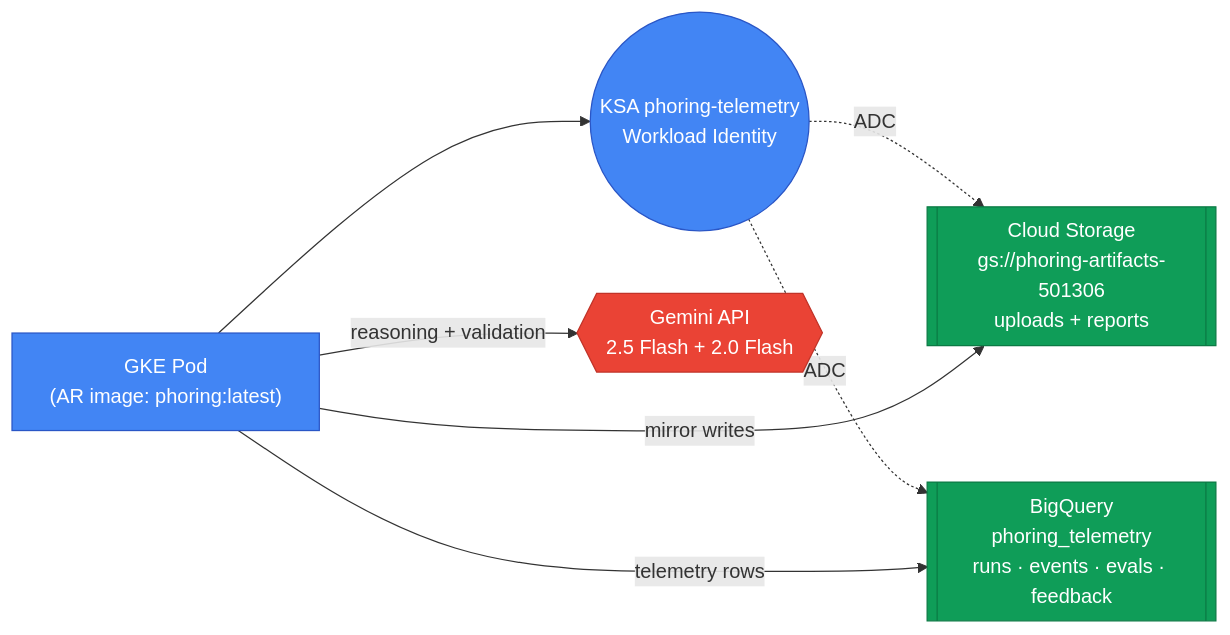
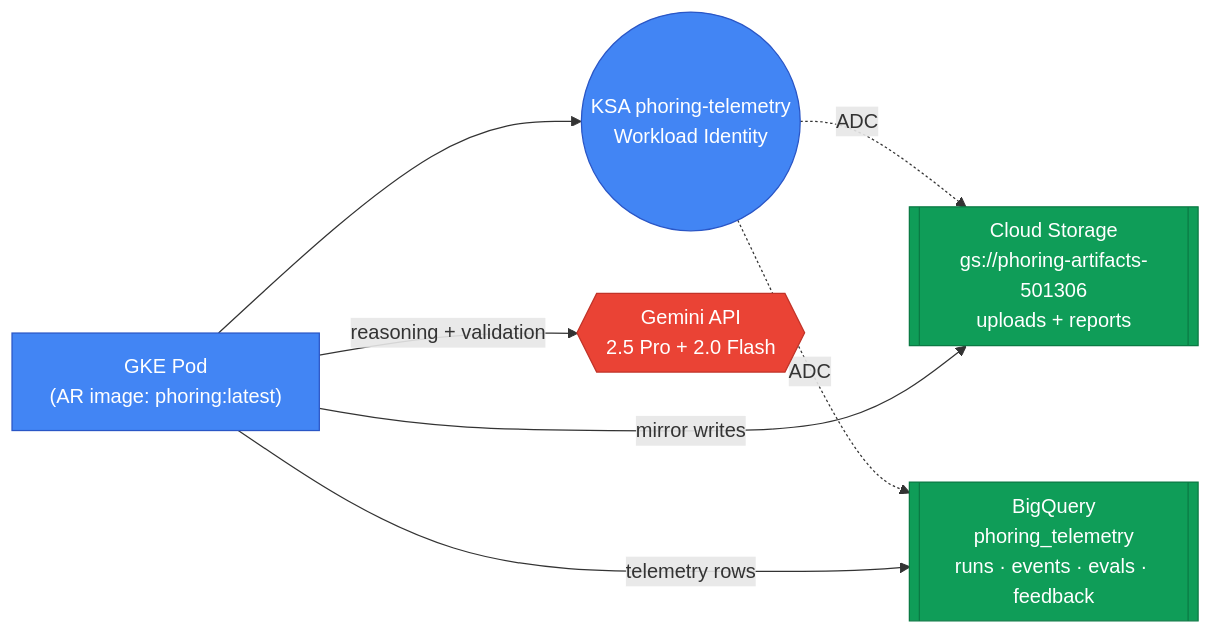
The first of 3 diagrams in README.md (inbharatai/phoring), drawn with Mermaid before and after one commit. The commit also changed other lines of this file and 5 other files, not shown here.

````diff
--- a/README.md
+++ b/README.md
@@ -102,21 +103,21 @@
 ```mermaid
 flowchart LR
     pod["GKE Pod<br/>(AR image: phoring:latest)"]
     ksa(("KSA phoring-telemetry<br/>Workload Identity"))
     gcs[["Cloud Storage<br/>gs://phoring-artifacts-501306<br/>uploads + reports"]]
     bq[["BigQuery<br/>phoring_telemetry<br/>runs · events · evals · feedback"]]
-    gemini{{"Gemini API<br/>2.5 Flash + 2.0 Flash"}}
+    gemini{{"Gemini API<br/>2.5 Pro + 2.0 Flash"}}
     pod --> ksa
     ksa -.ADC.-> gcs
     ksa -.ADC.-> bq
     pod -->|reasoning + validation| gemini
     pod -->|mirror writes| gcs
     pod -->|telemetry rows| bq
     classDef gke fill:#4285f4,stroke:#2a56c6,color:#fff
     classDef data fill:#0f9d58,stroke:#0b7a44,color:#fff
     classDef ai fill:#ea4335,stroke:#c13328,color:#fff
     class pod,gke gke
     class ksa gke
     class gcs,bq data
     class gemini ai
 ```
````
